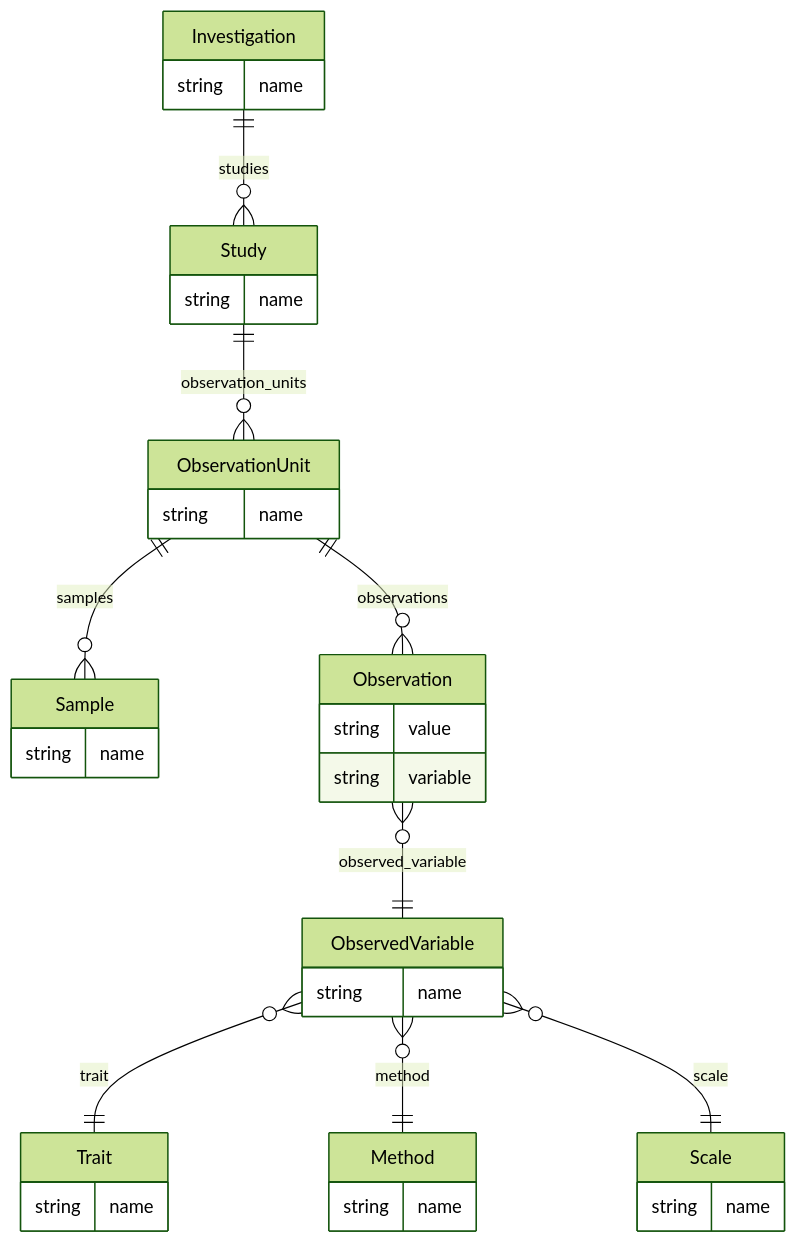
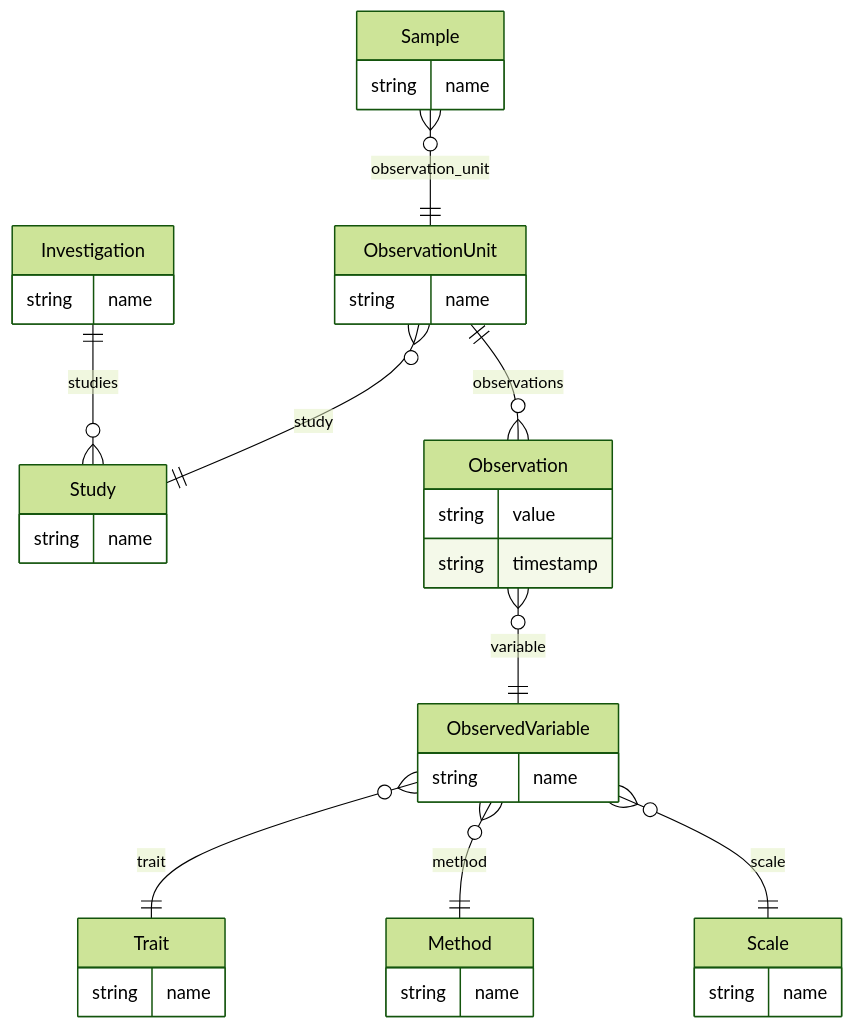
The diagram in docs/profiles/miappe-htp.md (sorenwacker/metaseed), drawn with Mermaid (forest theme) before and after one commit. The commit also changed other lines of this file and 3 other files, not shown here.

First line of the commit message:
docs: correct profile ERD containment edges and add gate check

````diff
--- a/docs/profiles/miappe-htp.md
+++ b/docs/profiles/miappe-htp.md
@@ -24,40 +26,40 @@
 ```mermaid
 erDiagram
     Investigation {
         string name
     }
     Study {
         string name
     }
     ObservationUnit {
         string name
     }
     Sample {
         string name
     }
     Observation {
         string value
-        string variable
+        string timestamp
     }
     ObservedVariable {
         string name
     }
     Trait {
         string name
     }
     Method {
         string name
     }
     Scale {
         string name
     }
 
     Investigation ||--o{ Study : studies
-    Study ||--o{ ObservationUnit : observation_units
-    ObservationUnit ||--o{ Sample : samples
+    ObservationUnit }o--|| Study : study
+    Sample }o--|| ObservationUnit : observation_unit
     ObservationUnit ||--o{ Observation : observations
-    Observation }o--|| ObservedVariable : observed_variable
+    Observation }o--|| ObservedVariable : variable
     ObservedVariable }o--|| Trait : trait
     ObservedVariable }o--|| Method : method
     ObservedVariable }o--|| Scale : scale
 ```
````
